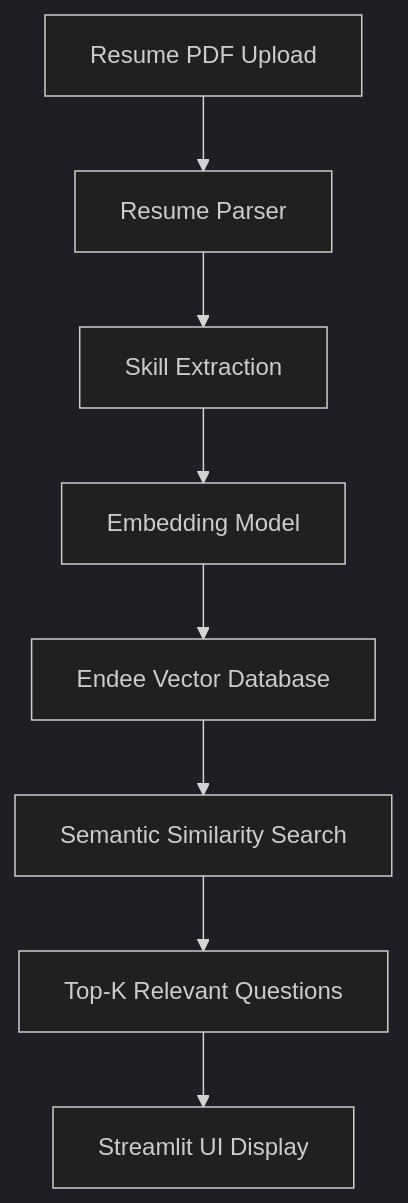
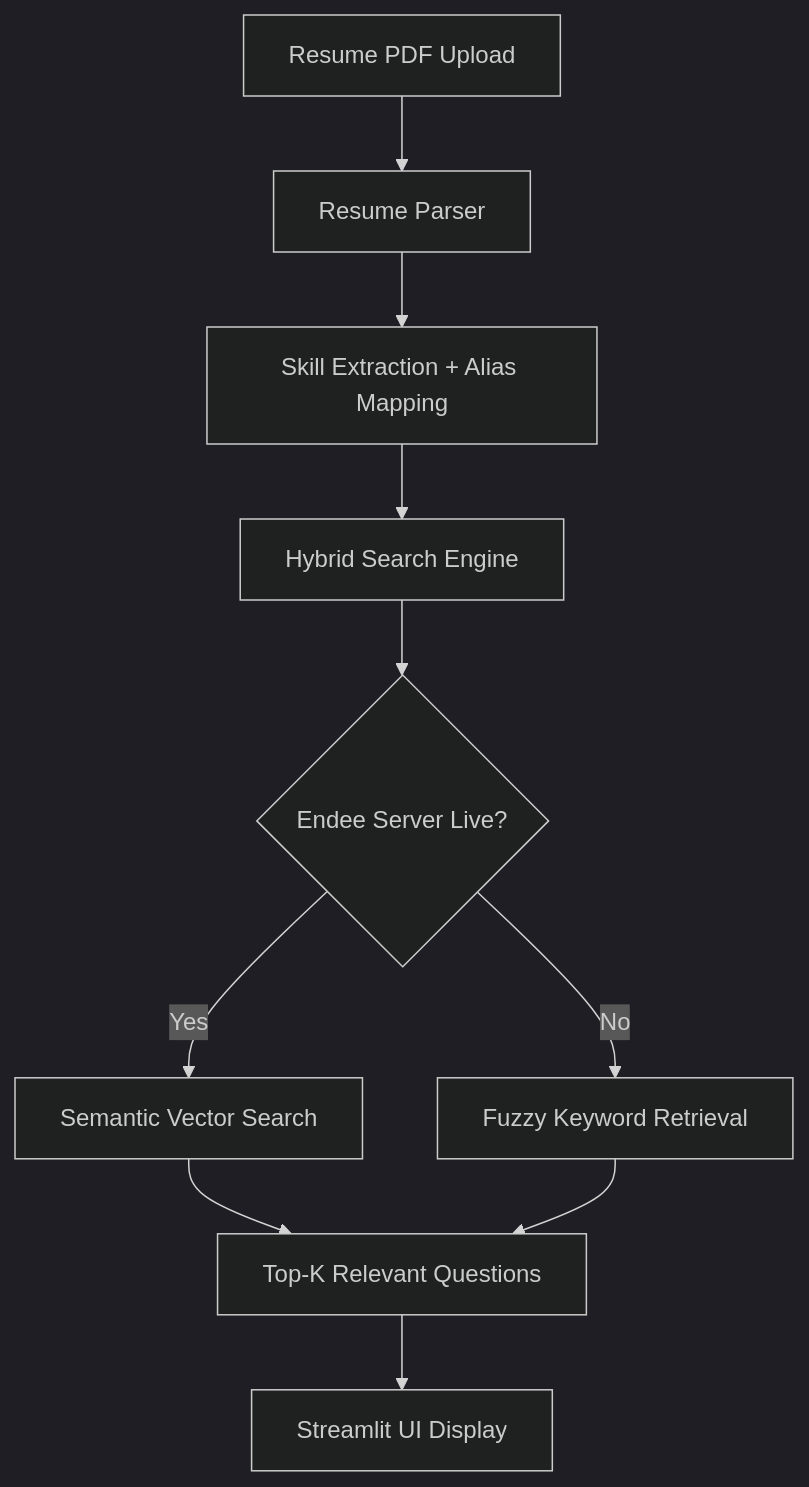
The diagram in resume-interview-generator/README.md (endee-io/endee), drawn with Mermaid (dark theme) before and after one commit. The commit also changed other lines of this file, not shown here.

````diff
--- a/resume-interview-generator/README.md
+++ b/resume-interview-generator/README.md
@@ -38,10 +36,12 @@
 ```mermaid
 flowchart TD
     A[Resume PDF Upload] --> B[Resume Parser]
-    B --> C[Skill Extraction]
-    C --> D[Embedding Model]
-    D --> E[Endee Vector Database]
-    E --> F[Semantic Similarity Search]
-    F --> G[Top-K Relevant Questions]
-    G --> H[Streamlit UI Display]
+    B --> C[Skill Extraction + Alias Mapping]
+    C --> D[Hybrid Search Engine]
+    D --> E{Endee Server Live?}
+    E -- Yes --> F[Semantic Vector Search]
+    E -- No --> G[Fuzzy Keyword Retrieval]
+    F --> H[Top-K Relevant Questions]
+    G --> H
+    H --> I[Streamlit UI Display]
 ```
````
